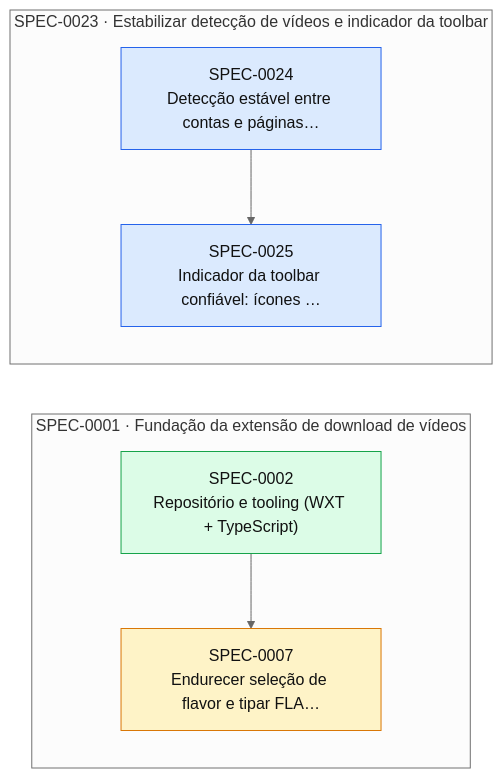
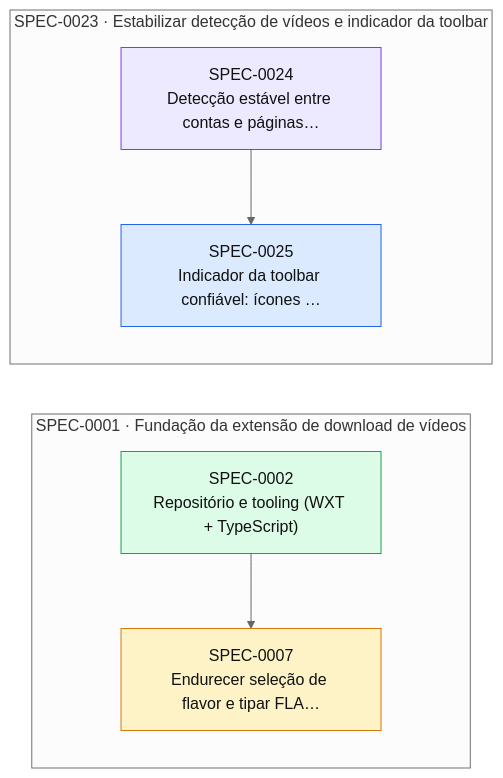
One commit to thomasravache/video-downloader changed the diagram in docs/specs/INDEX.md. Above: the diagram before and after it, drawn with Mermaid (neutral theme). The commit also changed other lines of this file and 1 other file, not shown here.

First line of the commit message:
docs(spec): resolve IMP-01 and start SPEC-0024 execution

````diff
--- a/docs/specs/INDEX.md
+++ b/docs/specs/INDEX.md
@@ -68,18 +62,18 @@
 ```mermaid
 flowchart LR
   subgraph E0001["SPEC-0001 · Fundação da extensão de download de vídeos"]
     S0002["SPEC-0002<br/>Repositório e tooling (WXT + TypeScript)"]:::implemented
     S0007["SPEC-0007<br/>Endurecer seleção de flavor e tipar FLA…"]:::proposed
   end
   subgraph E0023["SPEC-0023 · Estabilizar detecção de vídeos e indicador da toolbar"]
-    S0024["SPEC-0024<br/>Detecção estável entre contas e páginas…"]:::approved
+    S0024["SPEC-0024<br/>Detecção estável entre contas e páginas…"]:::inprogress
     S0025["SPEC-0025<br/>Indicador da toolbar confiável: ícones …"]:::approved
   end
   S0002 --> S0007
   S0024 --> S0025
   classDef proposed fill:#fef3c7,stroke:#d97706,color:#111
   classDef approved fill:#dbeafe,stroke:#2563eb,color:#111
   classDef inprogress fill:#ede9fe,stroke:#7c3aed,color:#111
   classDef implemented fill:#dcfce7,stroke:#16a34a,color:#111
   classDef deprecated fill:#f3f4f6,stroke:#9ca3af,color:#6b7280
 ```
````
